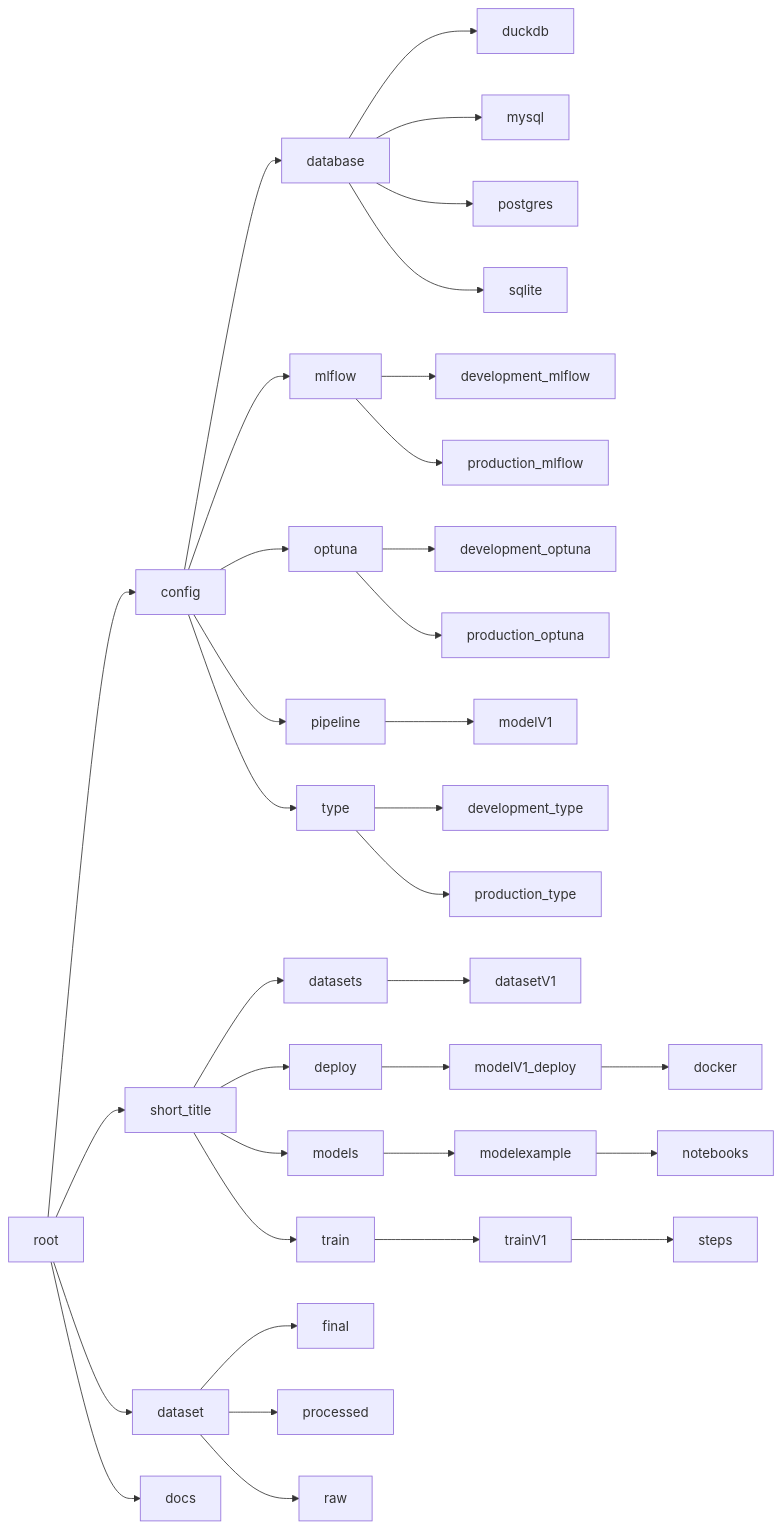
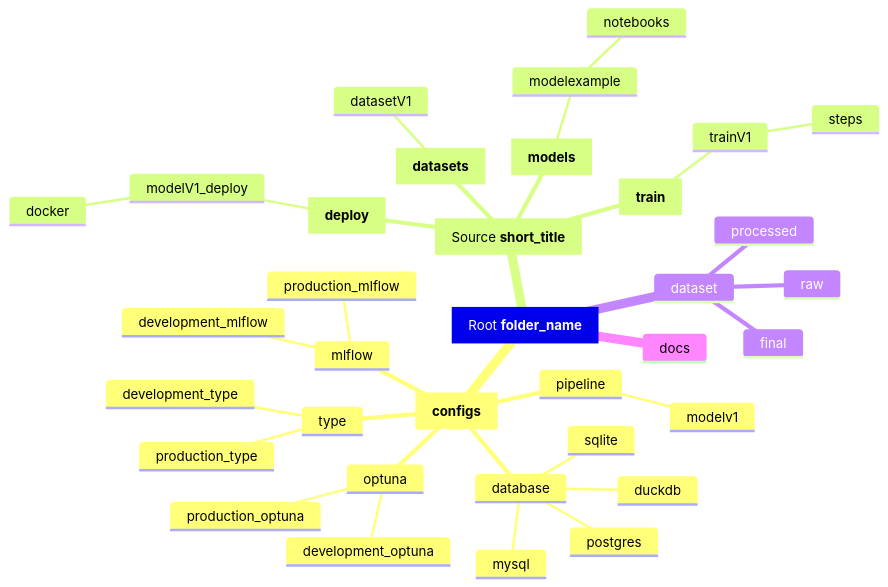
Before and after one commit to kascesar/machine-learning-template: the diagram in README.md, drawn with Mermaid. The commit also changed other lines of this file and 14 other files, not shown here.

````diff
--- a/README.md
+++ b/README.md
@@ -21,49 +21,38 @@
 ```mermaid
-graph LR;
-    root["root"]
-    root --> config
-    config --> database
-    config --> mlflow
-    config --> optuna
-    config --> pipeline
-    config --> type
-
-    database --> duckdb
-    database --> mysql
-    database --> postgres
-    database --> sqlite
-
-    mlflow --> development_mlflow
-    mlflow --> production_mlflow
-
-    optuna --> development_optuna
-    optuna --> production_optuna
-
-    pipeline --> modelV1
-
-    type --> development_type
-    type --> production_type
-
-    root --> short_title
-    short_title --> datasets
-    datasets --> datasetV1
-
-    short_title --> deploy
-    deploy --> modelV1_deploy
-    modelV1_deploy --> docker
-
-    short_title --> models
-    models --> modelexample
-    modelexample --> notebooks
-
-    short_title --> train
-    train --> trainV1
-    trainV1 --> steps
-
-    root --> dataset
-    dataset --> final
-    dataset --> processed
-    dataset --> raw
-
-    root --> docs
+mindmap
+  markdown[Root **folder_name**]
+    markdown[**configs**]
+      database
+        duckdb
+        mysql
+        postgres
+        sqlite
+      mlflow
+        development_mlflow
+        production_mlflow
+      optuna
+        development_optuna
+        production_optuna
+      pipeline
+        modelv1
+      type
+        development_type
+        production_type
+    markdown[Source **short_title**]
+      markdown[**datasets**]
+        datasetV1
+      markfown[**deploy**]
+        modelV1_deploy
+          docker
+      markdown[**models**]
+        modelexample
+          notebooks
+      markdown[**train**]
+        trainV1
+          steps
+    dataset
+      final
+      processed
+      raw
+    docs
 ```
````
